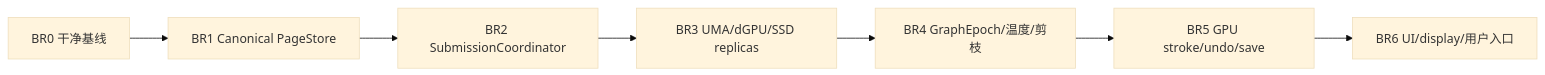
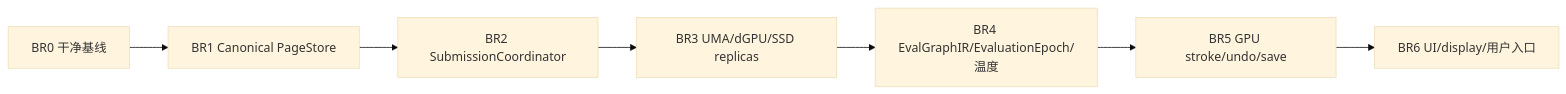
Before and after one commit to DesperateZero/krita_gpu: the diagram in docs/vulkan_gpu_design/31_p0_reset_and_execution_sequence.md, drawn with Mermaid (base theme). The commit also changed other lines of this file and 33 other files, not shown here.

````diff
--- a/docs/vulkan_gpu_design/31_p0_reset_and_execution_sequence.md
+++ b/docs/vulkan_gpu_design/31_p0_reset_and_execution_sequence.md
@@ -94,9 +94,9 @@
 ```mermaid
 flowchart LR
     BR0["BR0 干净基线"] --> BR1["BR1 Canonical PageStore"]
     BR1 --> BR2["BR2 SubmissionCoordinator"]
     BR2 --> BR3["BR3 UMA/dGPU/SSD replicas"]
-    BR3 --> BR4["BR4 GraphEpoch/温度/剪枝"]
+    BR3 --> BR4["BR4 EvalGraphIR/EvaluationEpoch/温度"]
     BR4 --> BR5["BR5 GPU stroke/undo/save"]
     BR5 --> BR6["BR6 UI/display/用户入口"]
 ```
````
